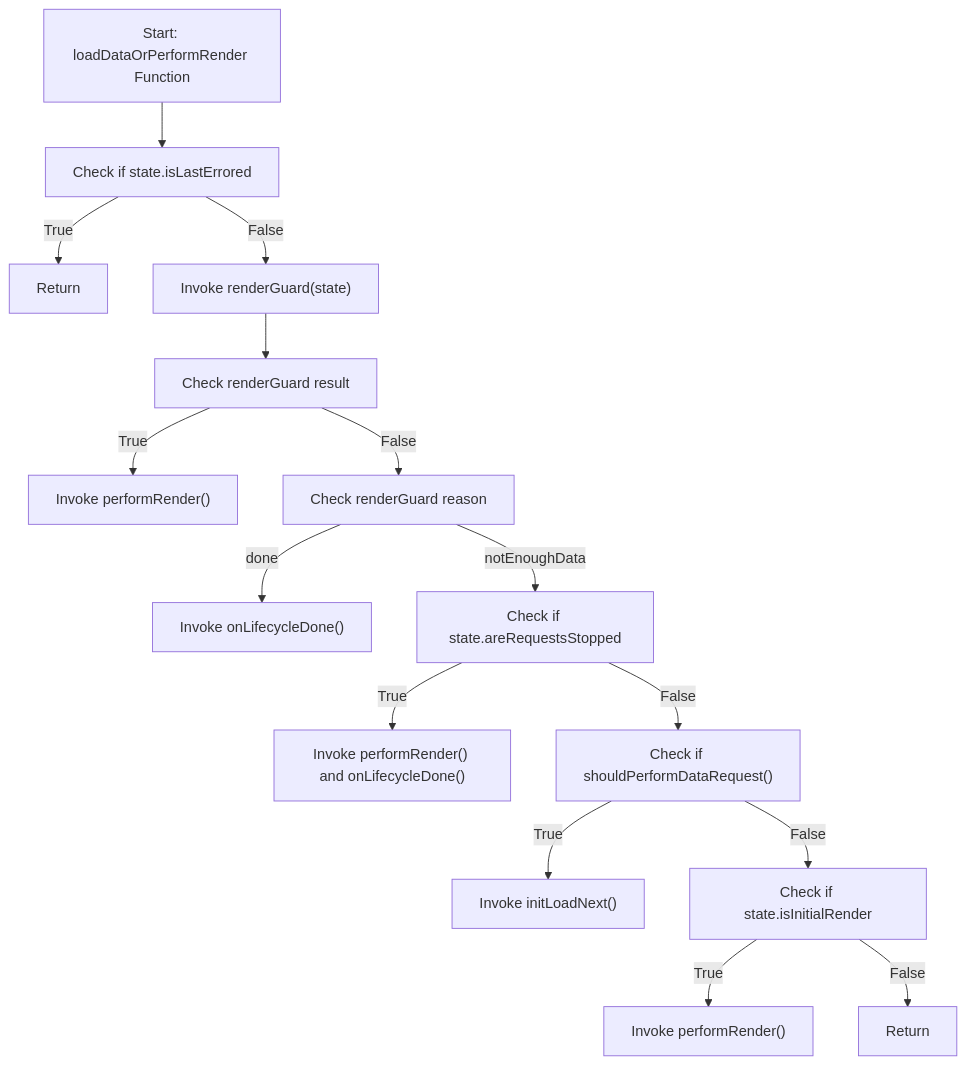
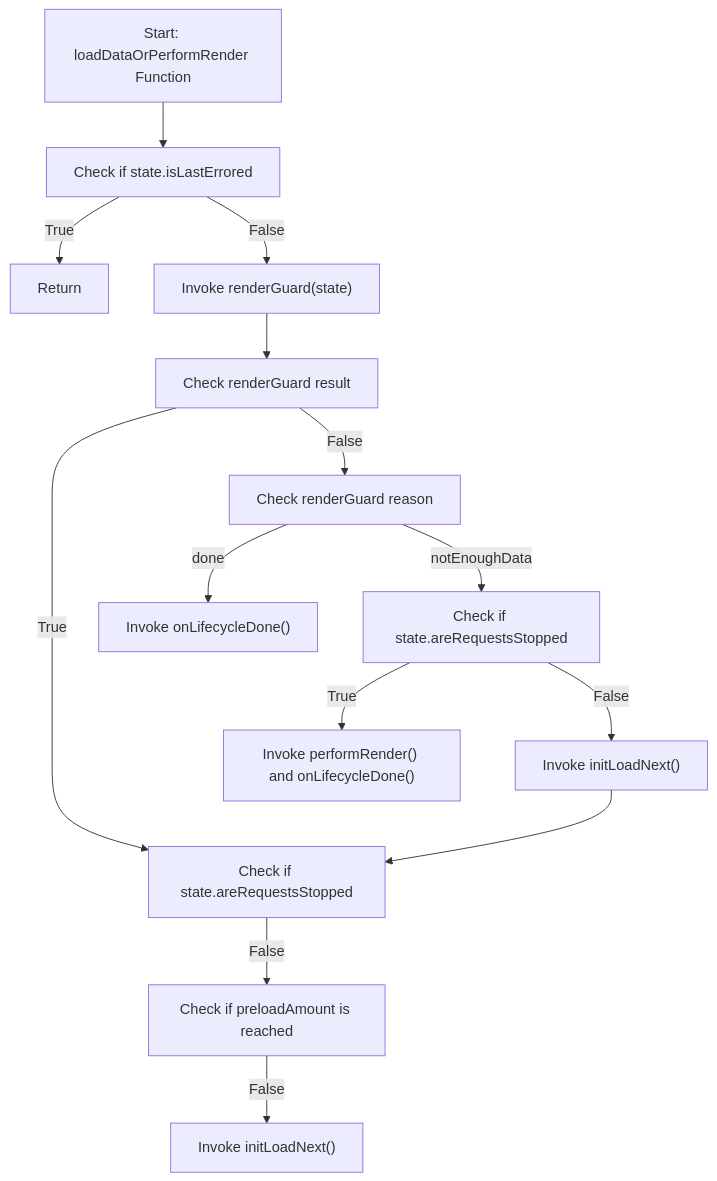
The second of 2 diagrams in src/base/b-virtual-scroll-new/README.md (V4Fire/Client), drawn with Mermaid before and after one commit. The commit also changed other lines of this file and 15 other files, not shown here.

Commit message:
Removed shouldPerformDataRequest, Added preloadAmout to prefretch data in advance (#1136)

````diff
--- a/src/base/b-virtual-scroll-new/README.md
+++ b/src/base/b-virtual-scroll-new/README.md
@@ -767,17 +745,16 @@
 ```mermaid
 graph TB
     A["Start: loadDataOrPerformRender Function"] --> B["Check if state.isLastErrored"]
     B -- "True" --> C["Return"]
     B -- "False" --> D["Invoke renderGuard(state)"]
     D --> E["Check renderGuard result"]
     E -- "True" --> F["Invoke performRender()"]
     E -- "False" --> G["Check renderGuard reason"]
     G -- "done" --> H["Invoke onLifecycleDone()"]
     G -- "notEnoughData" --> I["Check if state.areRequestsStopped"]
     I -- "True" --> J["Invoke performRender() and onLifecycleDone()"]
-    I -- "False" --> K["Check if shouldPerformDataRequest()"]
-    K -- "True" --> L["Invoke initLoadNext()"]
-    K -- "False" --> M["Check if state.isInitialRender"]
-    M -- "True" --> N["Invoke performRender()"]
-    M -- "False" --> O["Return"]
+    I -- "False" --> L["Invoke initLoadNext()"]
+    L -->  F["Check if state.areRequestsStopped"]
+    F -- "False" --> Z["Check if preloadAmount is reached"]
+    Z -- "False" --> X["Invoke initLoadNext()"]
 ```
````
